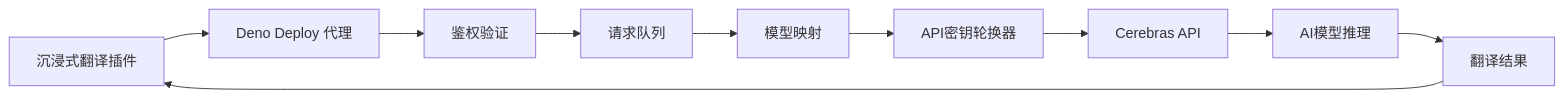
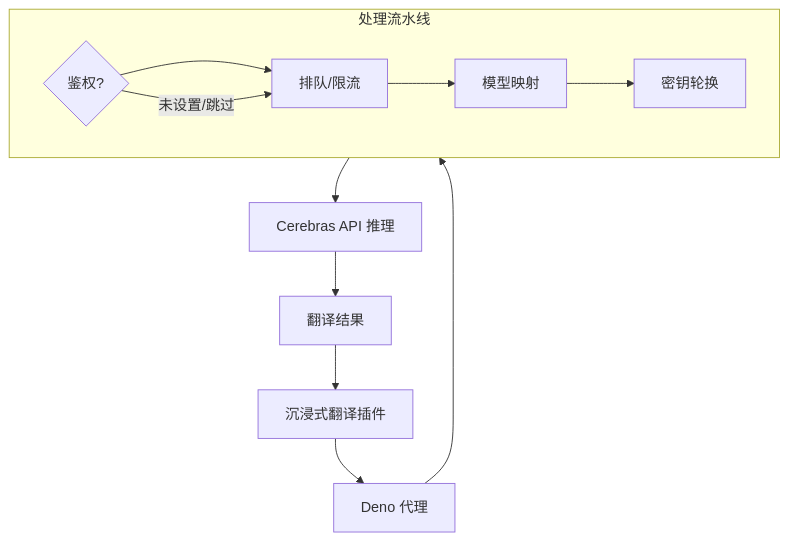
Before and after one commit to zhu-jl18/thanks-to-cerebras: the first of 2 diagrams in README.md, drawn with Mermaid. The commit also changed other lines of this file and 1 other file, not shown here.

Commit message:
update readme by copilot

````diff
--- a/README.md
+++ b/README.md
@@ -37,12 +37,19 @@
 ```mermaid
-graph LR
-    A[沉浸式翻译插件] --> B[Deno Deploy 代理]
-    B --> C[鉴权验证]
-    C --> D[请求队列]
-    D --> E[模型映射]
-    E --> F[API密钥轮换器]
-    F --> G[Cerebras API]
-    G --> H[AI模型推理]
-    H --> I[翻译结果]
-    I --> A
+graph TB
+        A[沉浸式翻译插件]
+        A --> B[Deno 代理]
+
+        subgraph P[处理流水线]
+            direction LR
+            C{鉴权?}
+            D[排队/限流]
+            E[模型映射]
+            F[密钥轮换]
+        end
+
+        B --> C --> D --> E --> F --> G[Cerebras API 推理]
+        G --> H[翻译结果]
+        H --> A
+
+        C -->|未设置/跳过| D
 ```
````
